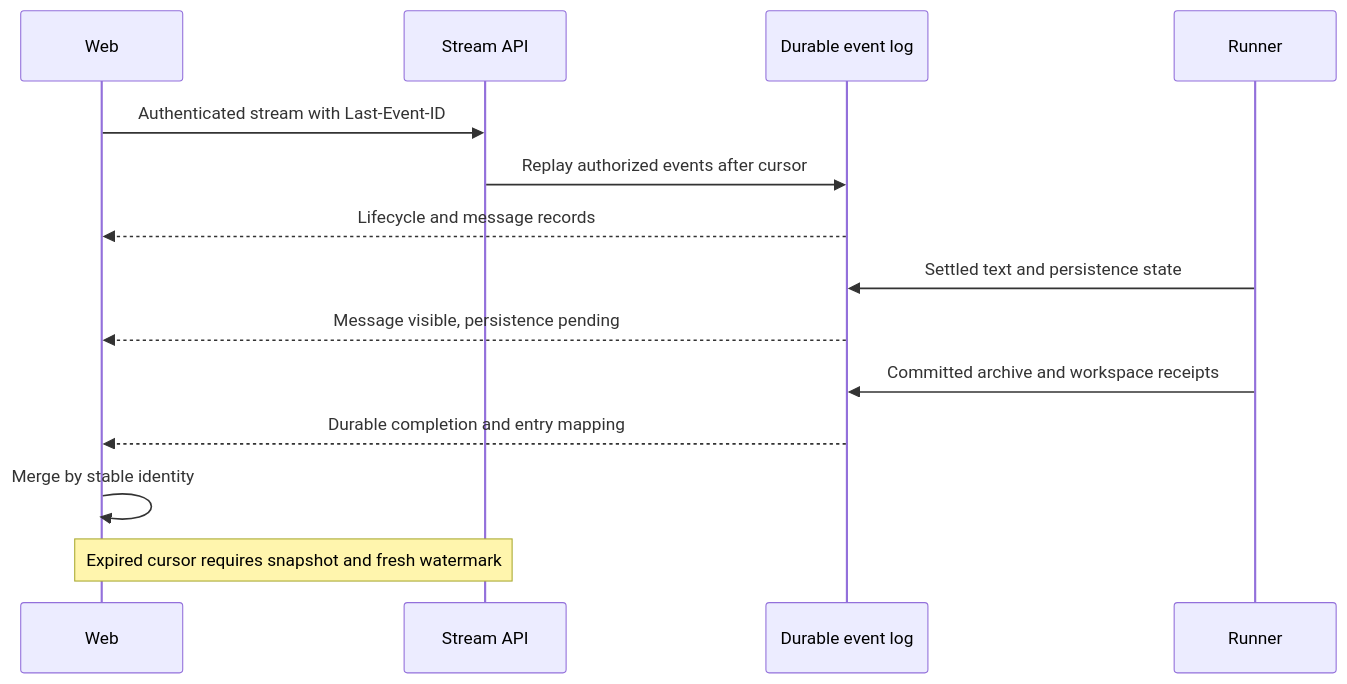
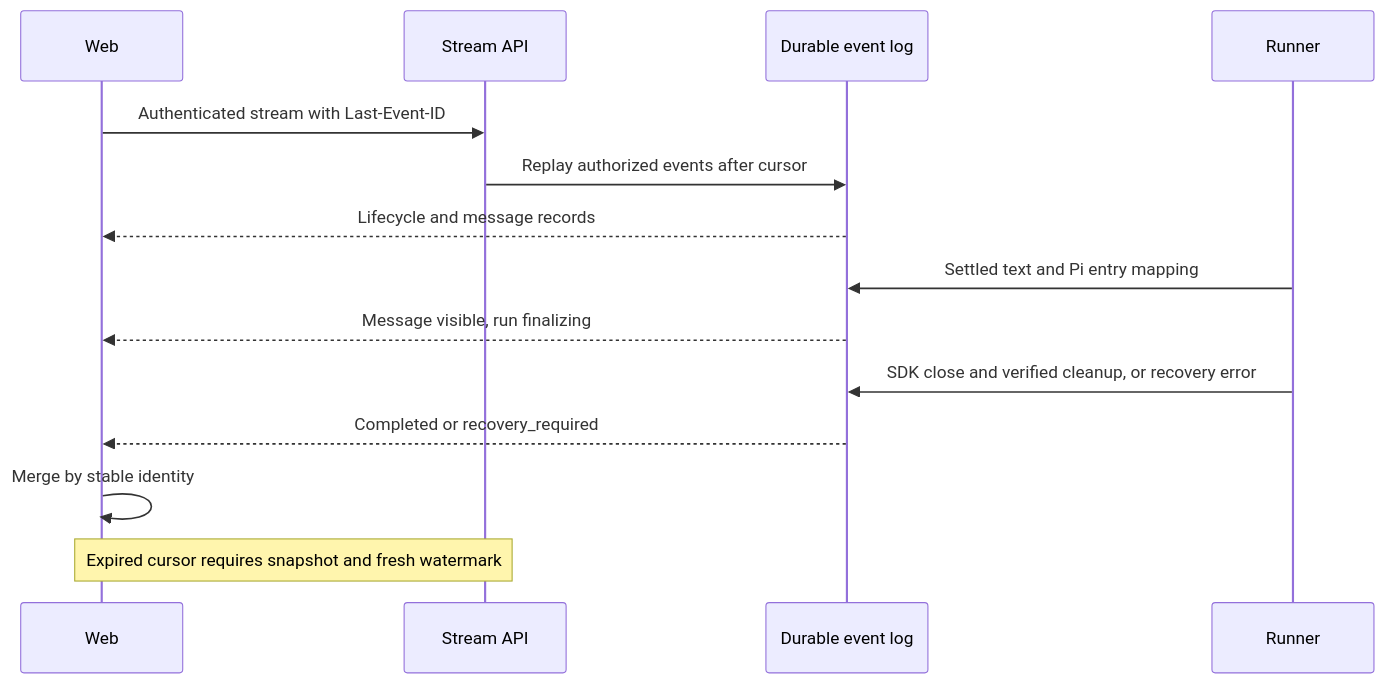
The diagram in docs/plans/06-live-interface.md (cognisphere-sh/cognisphere-harness), drawn with Mermaid before and after one commit. The commit also changed other lines of this file and 19 other files, not shown here.

First line of the commit message:
Update core implementation roadmap with revised delivery order and agent configuration details

````diff
--- a/docs/plans/06-live-interface.md
+++ b/docs/plans/06-live-interface.md
@@ -22,16 +22,16 @@
 ```mermaid
 sequenceDiagram
     participant Web
     participant API as Stream API
     participant Log as Durable event log
     participant Runner
     Web->>API: Authenticated stream with Last-Event-ID
     API->>Log: Replay authorized events after cursor
     Log-->>Web: Lifecycle and message records
-    Runner->>Log: Settled text and persistence state
-    Log-->>Web: Message visible, persistence pending
-    Runner->>Log: Committed archive and workspace receipts
-    Log-->>Web: Durable completion and entry mapping
+    Runner->>Log: Settled text and Pi entry mapping
+    Log-->>Web: Message visible, run finalizing
+    Runner->>Log: SDK close and verified cleanup, or recovery error
+    Log-->>Web: Completed or recovery_required
     Web->>Web: Merge by stable identity
     Note over Web,API: Expired cursor requires snapshot and fresh watermark
 ```
````
